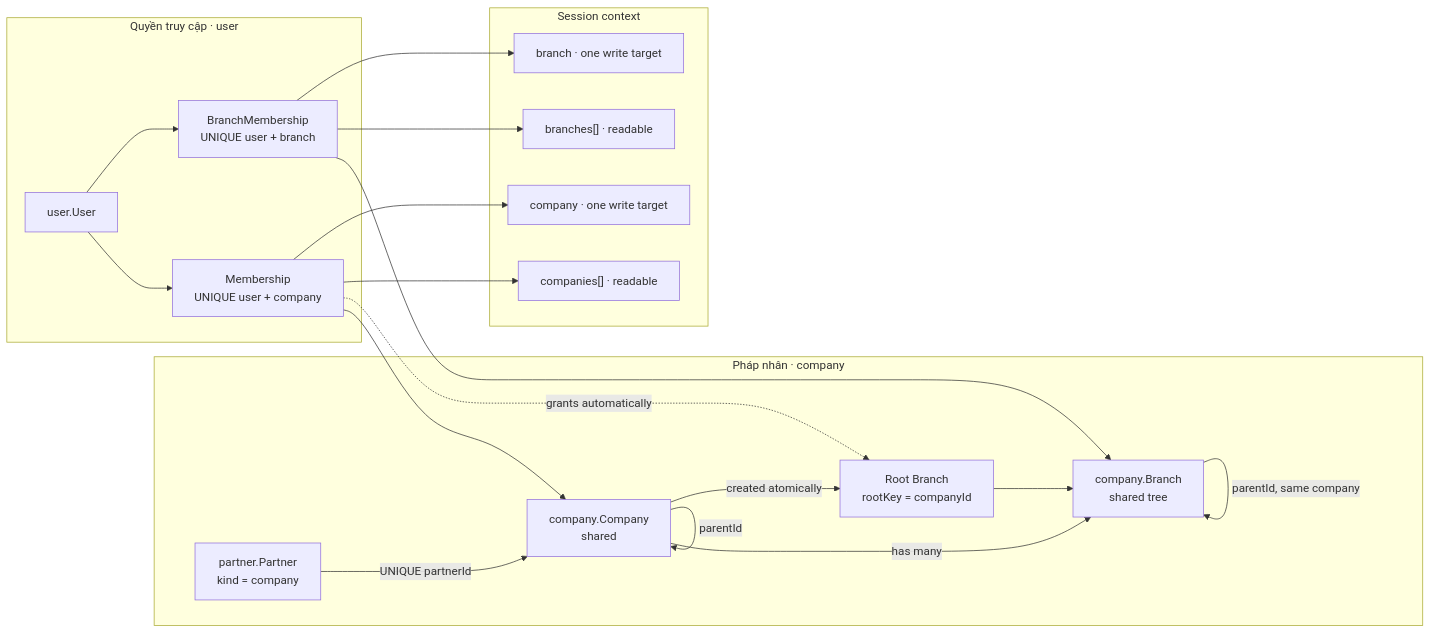
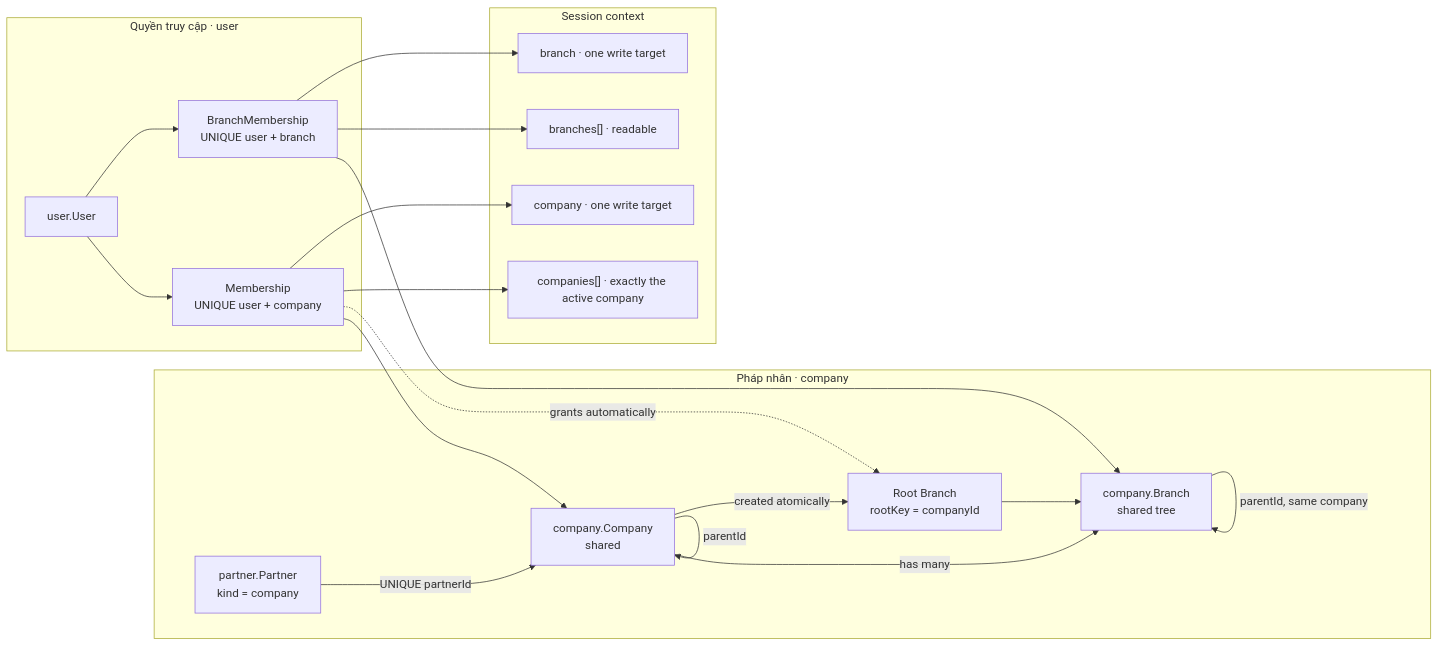
The first of 3 diagrams in docs/src/content/docs/ketsuite/company-branch.md (ketvietlab/ketsuite), drawn with Mermaid before and after one commit. The commit also changed other lines of this file and 1622 other files, not shown here.

````diff
--- a/docs/src/content/docs/ketsuite/company-branch.md
+++ b/docs/src/content/docs/ketsuite/company-branch.md
@@ -38,39 +39,39 @@
 ```mermaid
 %% File: docs/src/content/docs/ketsuite/company-branch.md
 flowchart LR
   subgraph Legal["Pháp nhân · company"]
     P["partner.Partner<br/>kind = company"]
     C["company.Company<br/>shared"]
     B["company.Branch<br/>shared tree"]
     R["Root Branch<br/>rootKey = companyId"]
 
     P -->|UNIQUE partnerId| C
     C -->|parentId| C
     C -->|has many| B
     B -->|parentId, same company| B
     C -->|created atomically| R
     R --> B
   end
 
   subgraph Identity["Quyền truy cập · user"]
     U["user.User"]
     CM["Membership<br/>UNIQUE user + company"]
     BM["BranchMembership<br/>UNIQUE user + branch"]
 
     U --> CM --> C
     U --> BM --> B
     CM -. grants automatically .-> R
   end
 
   subgraph Session["Session context"]
-    RC["companies[] · readable"]
+    RC["companies[] · exactly the active company"]
     WC["company · one write target"]
     RB["branches[] · readable"]
     WB["branch · one write target"]
   end
 
   CM --> RC
   CM --> WC
   BM --> RB
   BM --> WB
 ```
````
